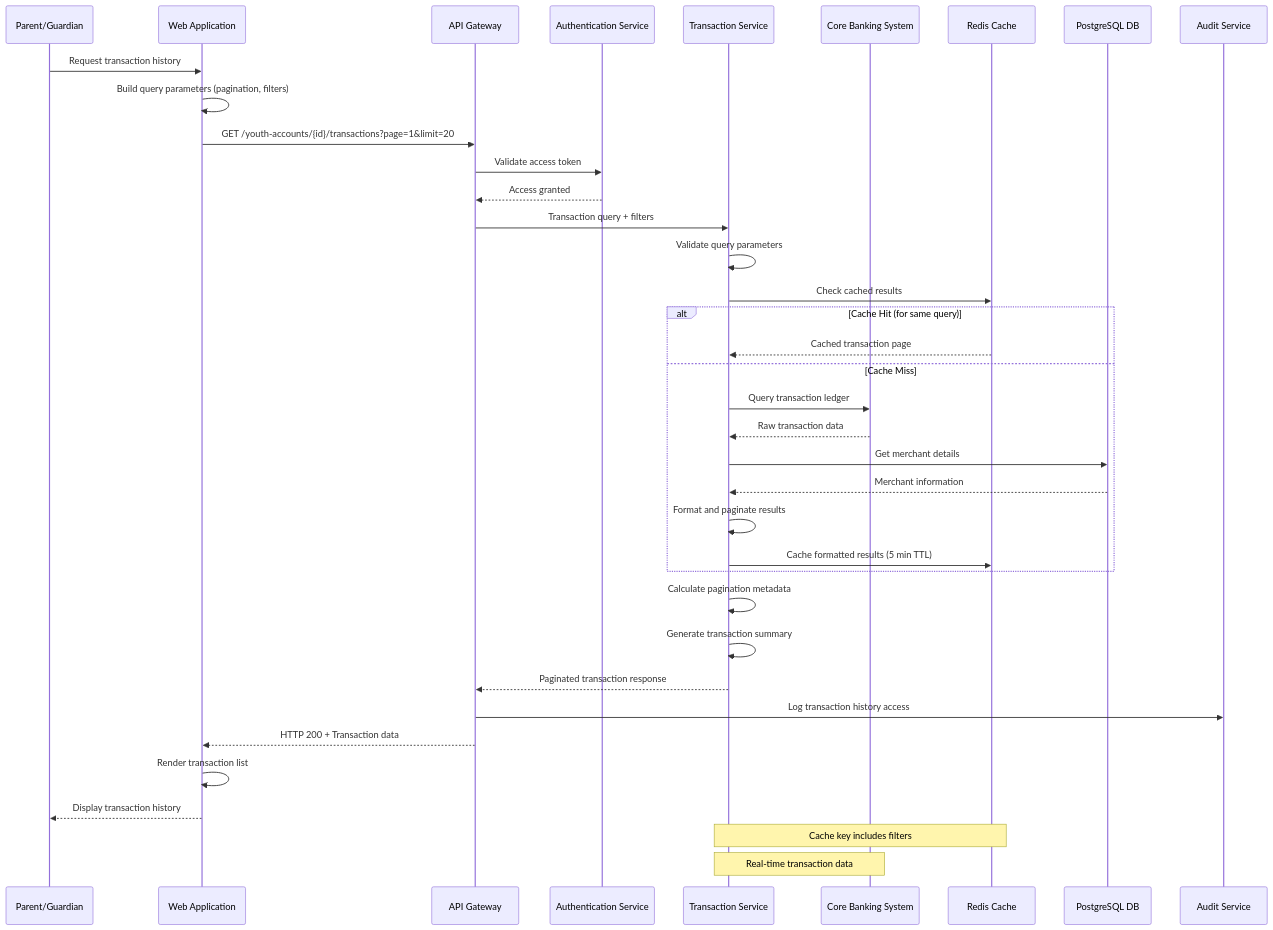
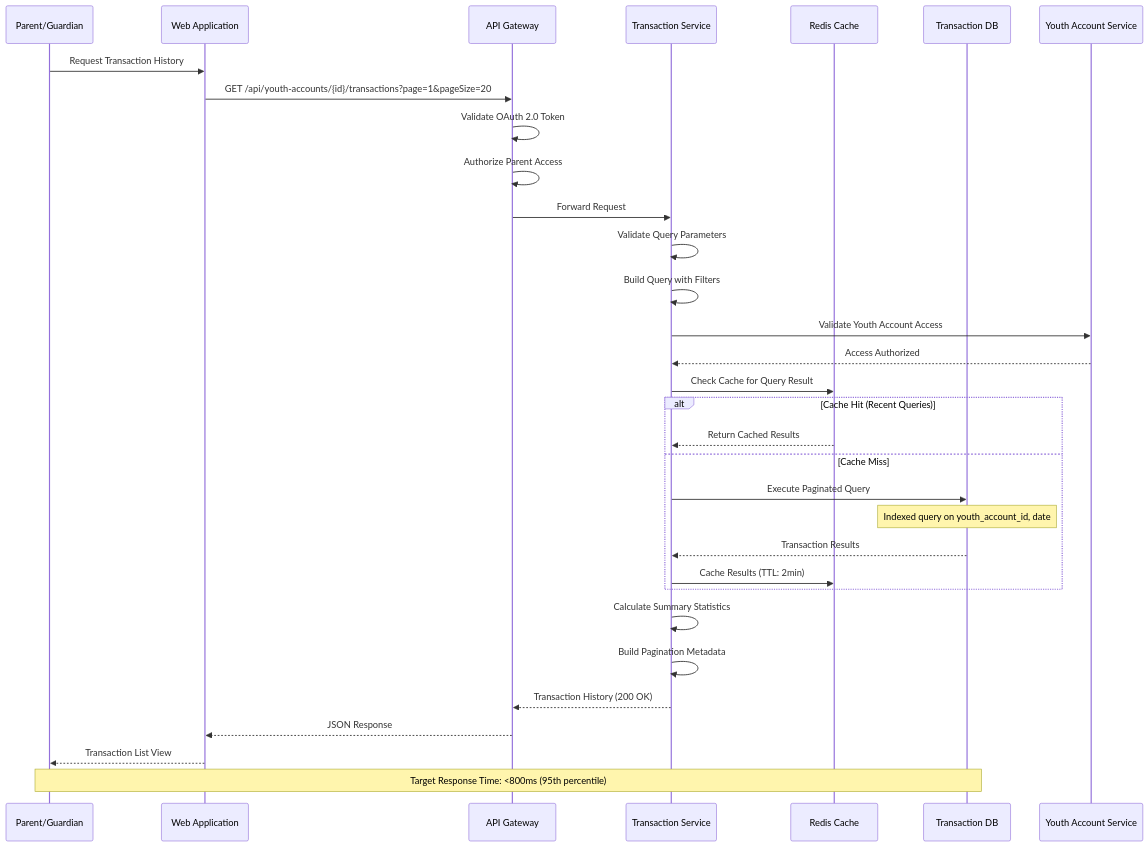
The fourth of 8 diagrams in API Development/Components and Sequence Diagrams/sequence_diagram.md (ThapaswiASC/SCIB-INCEPTION-PHASE-DEMO), drawn with Mermaid before and after one commit. The commit also changed other lines of this file and 1 other file, not shown here.

````diff
--- a/API Development/Components and Sequence Diagrams/sequence_diagram.md
+++ b/API Development/Components and Sequence Diagrams/sequence_diagram.md
@@ -173,43 +178,41 @@
 ```mermaid
 sequenceDiagram
     participant Parent as Parent/Guardian
     participant WebApp as Web Application
     participant APIGateway as API Gateway
-    participant AuthSvc as Authentication Service
-    participant TransactionSvc as Transaction Service
-    participant CoreBanking as Core Banking System
+    participant TransactionService as Transaction Service
     participant Cache as Redis Cache
-    participant Database as PostgreSQL DB
-    participant AuditSvc as Audit Service
-
-    Parent->>WebApp: Request transaction history
-    WebApp->>WebApp: Build query parameters (pagination, filters)
-    WebApp->>APIGateway: GET /youth-accounts/{id}/transactions?page=1&limit=20
-    APIGateway->>AuthSvc: Validate access token
-    AuthSvc-->>APIGateway: Access granted
-    APIGateway->>TransactionSvc: Transaction query + filters
+    participant TransactionDB as Transaction DB
+    participant YouthService as Youth Account Service
     
-    TransactionSvc->>TransactionSvc: Validate query parameters
-    TransactionSvc->>Cache: Check cached results
-    alt Cache Hit (for same query)
-        Cache-->>TransactionSvc: Cached transaction page
+    Parent->>WebApp: Request Transaction History
+    WebApp->>APIGateway: GET /api/youth-accounts/{id}/transactions?page=1&pageSize=20
+    APIGateway->>APIGateway: Validate OAuth 2.0 Token
+    APIGateway->>APIGateway: Authorize Parent Access
+    APIGateway->>TransactionService: Forward Request
+    
+    TransactionService->>TransactionService: Validate Query Parameters
+    TransactionService->>TransactionService: Build Query with Filters
+    
+    TransactionService->>YouthService: Validate Youth Account Access
+    YouthService-->>TransactionService: Access Authorized
+    
+    TransactionService->>Cache: Check Cache for Query Result
+    alt Cache Hit (Recent Queries)
+        Cache-->>TransactionService: Return Cached Results
     else Cache Miss
-        TransactionSvc->>CoreBanking: Query transaction ledger
-        CoreBanking-->>TransactionSvc: Raw transaction data
-        TransactionSvc->>Database: Get merchant details
-        Database-->>TransactionSvc: Merchant information
-        TransactionSvc->>TransactionSvc: Format and paginate results
-        TransactionSvc->>Cache: Cache formatted results (5 min TTL)
+        TransactionService->>TransactionDB: Execute Paginated Query
+        Note over TransactionDB: Indexed query on youth_account_id, date
+        TransactionDB-->>TransactionService: Transaction Results
+        TransactionService->>Cache: Cache Results (TTL: 2min)
     end
     
-    TransactionSvc->>TransactionSvc: Calculate pagination metadata
-    TransactionSvc->>TransactionSvc: Generate transaction summary
-    TransactionSvc-->>APIGateway: Paginated transaction response
-    APIGateway->>AuditSvc: Log transaction history access
-    APIGateway-->>WebApp: HTTP 200 + Transaction data
-    WebApp->>WebApp: Render transaction list
-    WebApp-->>Parent: Display transaction history
+    TransactionService->>TransactionService: Calculate Summary Statistics
+    TransactionService->>TransactionService: Build Pagination Metadata
     
-    Note over TransactionSvc,Cache: Cache key includes filters
-    Note over TransactionSvc,CoreBanking: Real-time transaction data
+    TransactionService-->>APIGateway: Transaction History (200 OK)
+    APIGateway-->>WebApp: JSON Response
+    WebApp-->>Parent: Transaction List View
+    
+    Note over Parent, TransactionDB: Target Response Time: <800ms (95th percentile)
 ```
````
